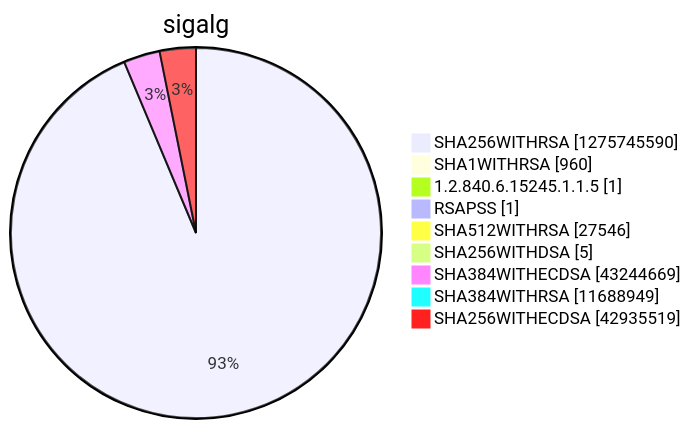
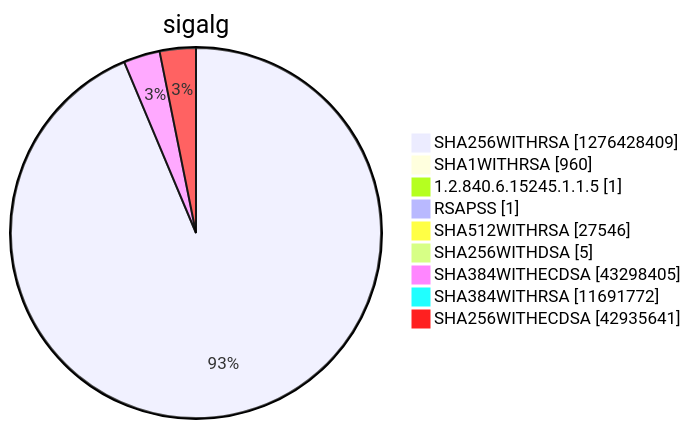
One commit to christiankrug/ctmonitor_visualization changed diagram 15 of 15 in argon2022/README.md. Above: the diagram before and after it, drawn with Mermaid. The commit also changed other lines of this file, not shown here.

````diff
--- a/argon2022/README.md
+++ b/argon2022/README.md
@@ -5522,13 +5522,13 @@
 ```mermaid
 pie showData
 title sigalg
-"SHA256WITHRSA" :1275745590
+"SHA256WITHRSA" :1276428409
 "SHA1WITHRSA" :960
 "1.2.840.6.15245.1.1.5" :1
 "RSAPSS" :1
 "SHA512WITHRSA" :27546
 "SHA256WITHDSA" :5
-"SHA384WITHECDSA" :43244669
-"SHA384WITHRSA" :11688949
-"SHA256WITHECDSA" :42935519
+"SHA384WITHECDSA" :43298405
+"SHA384WITHRSA" :11691772
+"SHA256WITHECDSA" :42935641
 ```
````
